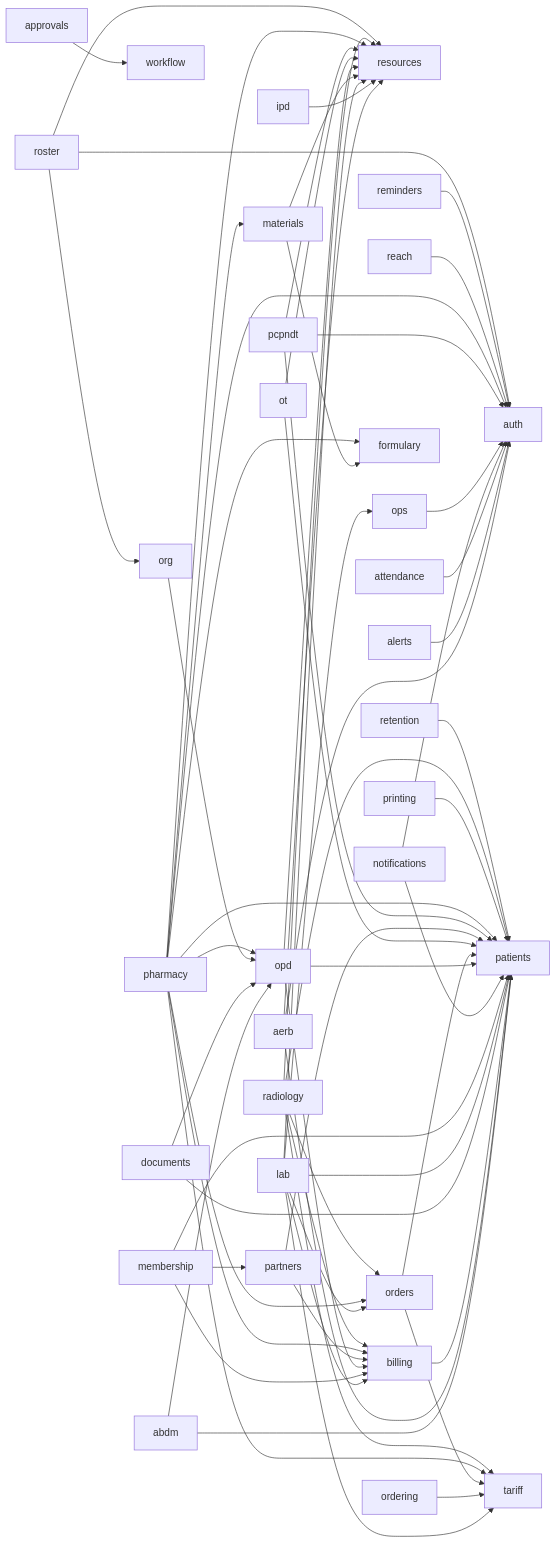
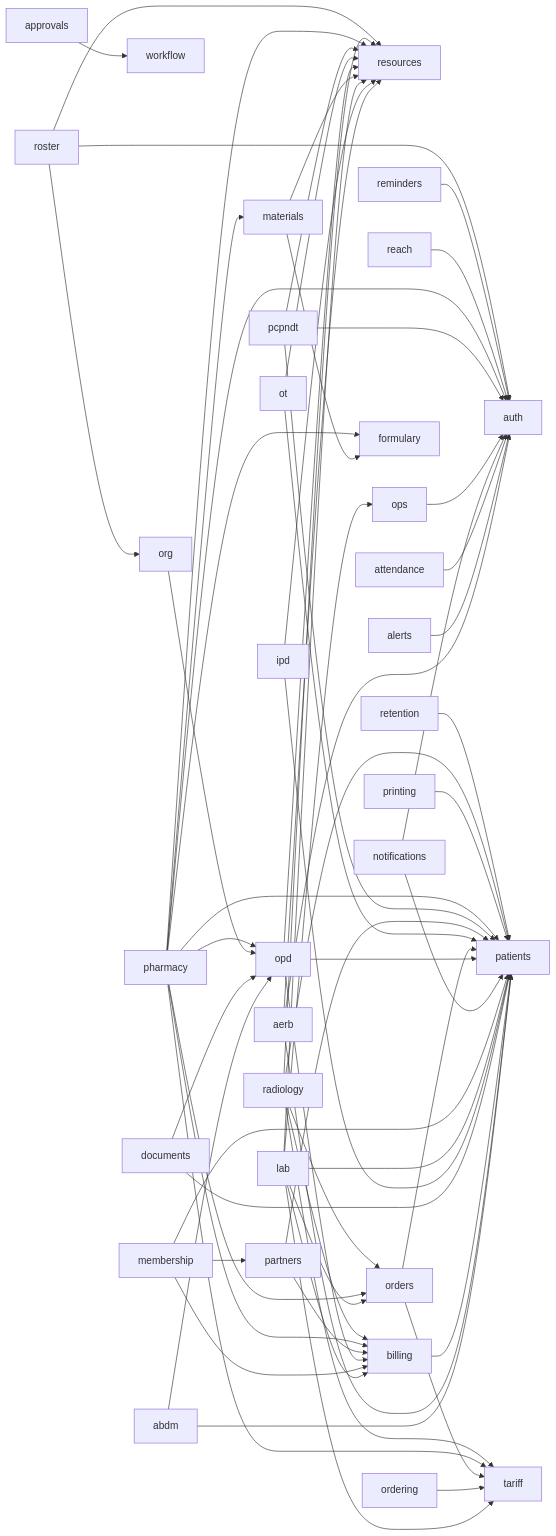
The diagram in docs/architecture/schema.md (ankits3a/hims-hmis), drawn with Mermaid before and after one commit. The commit also changed 13 other files, not shown here.

````diff
--- a/docs/architecture/schema.md
+++ b/docs/architecture/schema.md
@@ -13,64 +13,65 @@
 ```mermaid
 flowchart LR
   abdm[abdm] --> opd[opd]
   abdm[abdm] --> patients[patients]
   aerb[aerb] --> auth[auth]
   aerb[aerb] --> patients[patients]
   aerb[aerb] --> resources[resources]
   alerts[alerts] --> auth[auth]
   approvals[approvals] --> workflow[workflow]
   attendance[attendance] --> auth[auth]
   billing[billing] --> patients[patients]
   documents[documents] --> opd[opd]
   documents[documents] --> patients[patients]
+  ipd[ipd] --> patients[patients]
   ipd[ipd] --> resources[resources]
   lab[lab] --> billing[billing]
   lab[lab] --> ops[ops]
   lab[lab] --> orders[orders]
   lab[lab] --> patients[patients]
   lab[lab] --> resources[resources]
   lab[lab] --> tariff[tariff]
   materials[materials] --> formulary[formulary]
   materials[materials] --> resources[resources]
   membership[membership] --> billing[billing]
   membership[membership] --> partners[partners]
   membership[membership] --> patients[patients]
   notifications[notifications] --> auth[auth]
   notifications[notifications] --> patients[patients]
   opd[opd] --> billing[billing]
   opd[opd] --> patients[patients]
   opd[opd] --> resources[resources]
   ops[ops] --> auth[auth]
   ordering[ordering] --> tariff[tariff]
   orders[orders] --> patients[patients]
   orders[orders] --> tariff[tariff]
   org[org] --> opd[opd]
   ot[ot] --> patients[patients]
   ot[ot] --> resources[resources]
   partners[partners] --> billing[billing]
   partners[partners] --> patients[patients]
   pcpndt[pcpndt] --> auth[auth]
   pcpndt[pcpndt] --> patients[patients]
   pcpndt[pcpndt] --> resources[resources]
   pharmacy[pharmacy] --> auth[auth]
   pharmacy[pharmacy] --> billing[billing]
   pharmacy[pharmacy] --> formulary[formulary]
   pharmacy[pharmacy] --> materials[materials]
   pharmacy[pharmacy] --> opd[opd]
   pharmacy[pharmacy] --> orders[orders]
   pharmacy[pharmacy] --> patients[patients]
   pharmacy[pharmacy] --> resources[resources]
   pharmacy[pharmacy] --> tariff[tariff]
   printing[printing] --> patients[patients]
   radiology[radiology] --> billing[billing]
   radiology[radiology] --> orders[orders]
   radiology[radiology] --> patients[patients]
   radiology[radiology] --> resources[resources]
   radiology[radiology] --> tariff[tariff]
   reach[reach] --> auth[auth]
   reminders[reminders] --> auth[auth]
   retention[retention] --> patients[patients]
   roster[roster] --> auth[auth]
   roster[roster] --> org[org]
   roster[roster] --> resources[resources]
 ```
````
